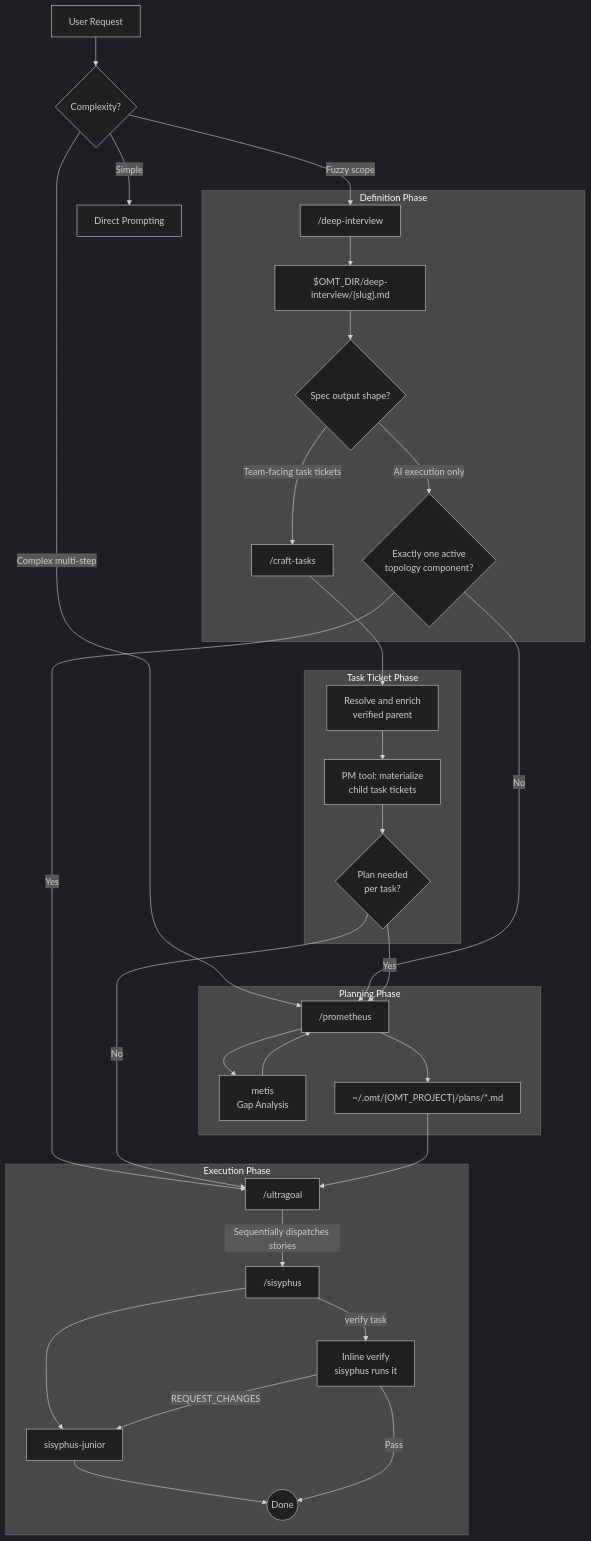
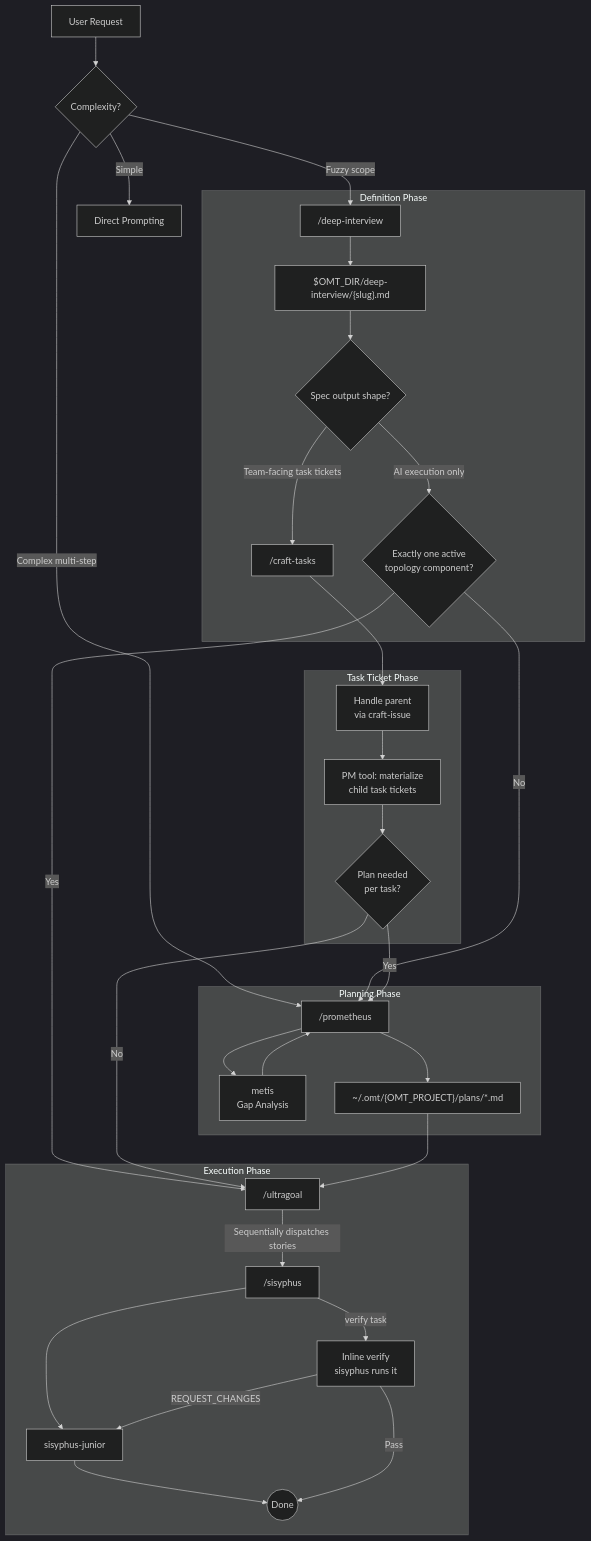
Before and after one commit to toongri/oh-my-toong-playground: the diagram in docs/ORCHESTRATION.en.md, drawn with Mermaid (dark theme). The commit also changed other lines of this file and 7 other files, not shown here.

Commit message:
fix: craft-tasks 본문 최신화와 부모 처리 위임

````diff
--- a/docs/ORCHESTRATION.en.md
+++ b/docs/ORCHESTRATION.en.md
@@ -59,41 +59,41 @@
 ```mermaid
 flowchart TD
     User[User Request] --> Decision{Complexity?}
 
     Decision -->|Simple| Direct[Direct Prompting]
     Decision -->|Fuzzy scope| DeepInterview["/deep-interview"]
     Decision -->|Complex multi-step| Prometheus
 
     subgraph Definition Phase
         DeepInterview --> SpecFile["$OMT_DIR/deep-interview/{slug}.md"]
         SpecFile --> Output{Spec output shape?}
         Output -->|Team-facing task tickets| CraftTasks["/craft-tasks"]
         Output -->|AI execution only| Route{Exactly one active<br/>topology component?}
     end
 
     subgraph Task Ticket Phase
-        CraftTasks --> Parent["Resolve and enrich<br/>verified parent"]
+        CraftTasks --> Parent["Handle parent<br/>via craft-issue"]
         Parent --> ChildTickets["PM tool: materialize<br/>child task tickets"]
         ChildTickets --> TaskPlan{Plan needed<br/>per task?}
     end
 
     subgraph Planning Phase
         Route -->|No| Prometheus["/prometheus"]
         TaskPlan -->|Yes| Prometheus
         Prometheus --> Metis[metis<br/>Gap Analysis]
         Metis --> Prometheus
         Prometheus --> PlanFile["~/.omt/{OMT_PROJECT}/plans/*.md"]
     end
 
     subgraph Execution Phase
         Route -->|Yes| Ultragoal["/ultragoal"]
         TaskPlan -->|No| Ultragoal
         PlanFile --> Ultragoal
         Ultragoal -->|Sequentially dispatches stories| Sisyphus["/sisyphus"]
         Sisyphus --> Junior[sisyphus-junior]
         Junior --> Done((Done))
         Sisyphus -->|verify task| QA[Inline verify<br/>sisyphus runs it]
         QA -->|Pass| Done
         QA -->|REQUEST_CHANGES| Junior
     end
 ```
````
